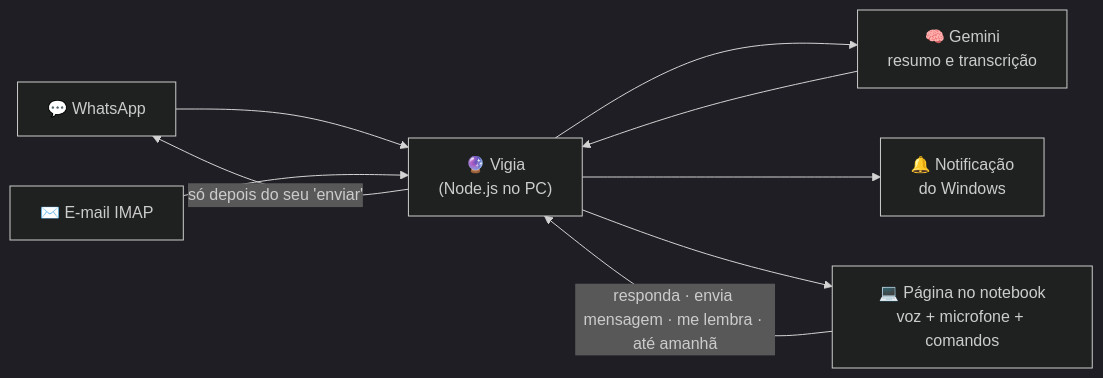
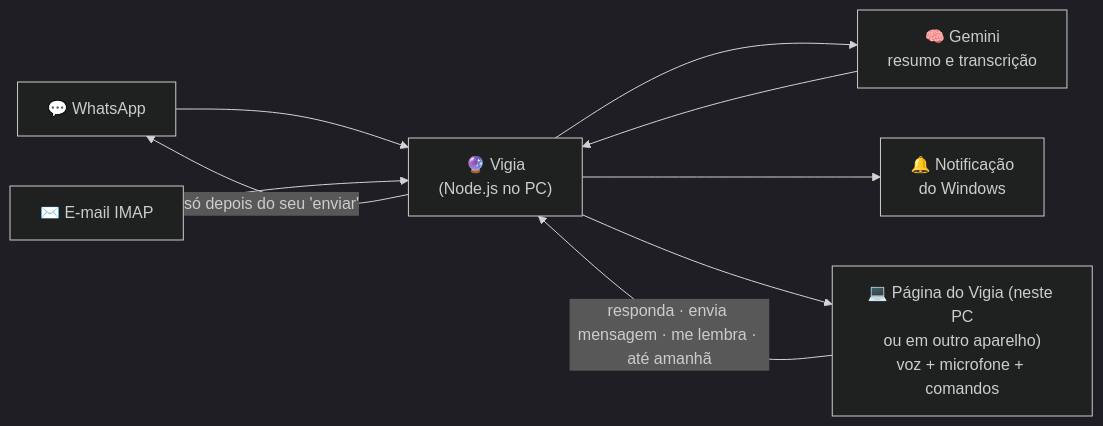
One commit to eudollyn/vigia changed the diagram in README.md. Above: the diagram before and after it, drawn with Mermaid (dark theme). The commit also changed other lines of this file and 8 other files, not shown here.

First line of the commit message:
Página do Vigia neste PC por padrão; pausa mais curta e sem pausa em conversa ativa

````diff
--- a/README.md
+++ b/README.md
@@ -61,11 +61,11 @@
 ```mermaid
 flowchart LR
     W["💬 WhatsApp"] --> V
     E["✉️ E-mail IMAP"] --> V
     V["🔮 Vigia<br/>(Node.js no PC)"] --> G["🧠 Gemini<br/>resumo e transcrição"]
     G --> V
     V --> T["🔔 Notificação<br/>do Windows"]
-    V --> N["💻 Página no notebook<br/>voz + microfone + comandos"]
+    V --> N["💻 Página do Vigia (neste PC<br/>ou em outro aparelho)<br/>voz + microfone + comandos"]
     N -- "responda · envia mensagem · me lembra · até amanhã" --> V
     V -- "só depois do seu 'enviar'" --> W
 ```
````
